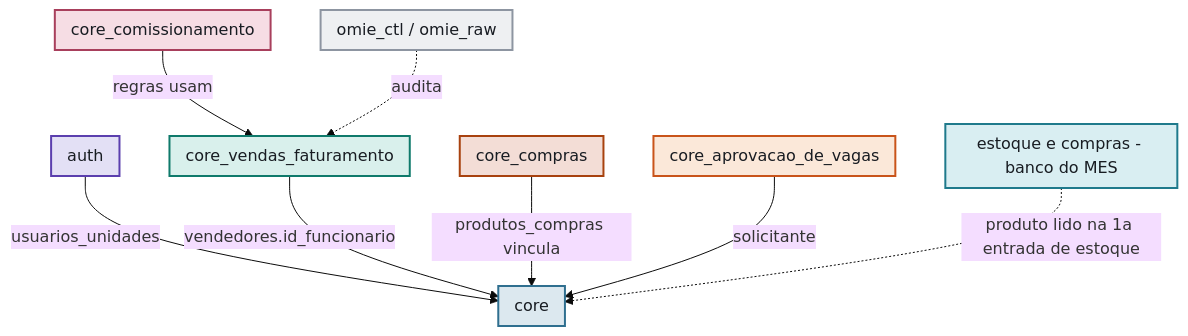
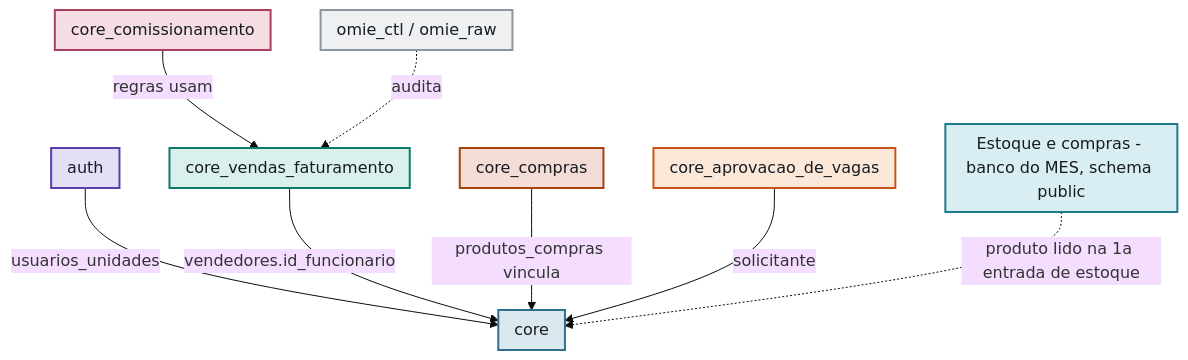
Diagram 17 of 28 in 04-Arquitetura-Transversal/Diagramas-UML.md (Acosvital/vault-avhub-mer), drawn with Mermaid (base theme) before and after one commit. The commit also changed other lines of this file and 116 other files, not shown here.

````diff
--- a/04-Arquitetura-Transversal/Diagramas-UML.md
+++ b/04-Arquitetura-Transversal/Diagramas-UML.md
@@ -1013,36 +1014,36 @@
 ```mermaid
 flowchart TB
     subgraph P_CORE[core]
     end
     subgraph P_AUTH[auth]
     end
     subgraph P_VENDAS[core_vendas_faturamento]
     end
     subgraph P_COMPRAS[core_compras]
     end
     subgraph P_COMISSAO[core_comissionamento]
     end
     subgraph P_VAGAS[core_aprovacao_de_vagas]
     end
     subgraph P_OMIECTL[omie_ctl / omie_raw]
     end
-    subgraph P_ESTOQUE[estoque e compras - banco do MES]
+    subgraph P_ESTOQUE[Estoque e compras - banco do MES, schema public]
     end
 
     P_AUTH -->|usuarios_unidades| P_CORE
     P_VENDAS -->|vendedores.id_funcionario| P_CORE
     P_COMPRAS -->|produtos_compras vincula| P_CORE
     P_COMISSAO -->|regras usam| P_VENDAS
     P_VAGAS -->|solicitante| P_CORE
     P_OMIECTL -.audita.-> P_VENDAS
     P_ESTOQUE -.->|produto lido na 1a entrada de estoque| P_CORE
 
     style P_CORE fill:#dce8ef,stroke:#2f6f8f,stroke-width:2px,color:#181c22
     style P_AUTH fill:#e3e0f5,stroke:#5b3fae,stroke-width:2px,color:#181c22
     style P_VENDAS fill:#d9f0ec,stroke:#0f7a6b,stroke-width:2px,color:#181c22
     style P_COMPRAS fill:#f3ddd6,stroke:#a8420f,stroke-width:2px,color:#181c22
     style P_COMISSAO fill:#f6dde4,stroke:#a83f5c,stroke-width:2px,color:#181c22
     style P_VAGAS fill:#fbe8d9,stroke:#c9541a,stroke-width:2px,color:#181c22
     style P_OMIECTL fill:#eef0f2,stroke:#8d95a1,stroke-width:2px,color:#181c22
     style P_ESTOQUE fill:#d9eef2,stroke:#1f7a8c,stroke-width:2px,color:#181c22
 ```
````
